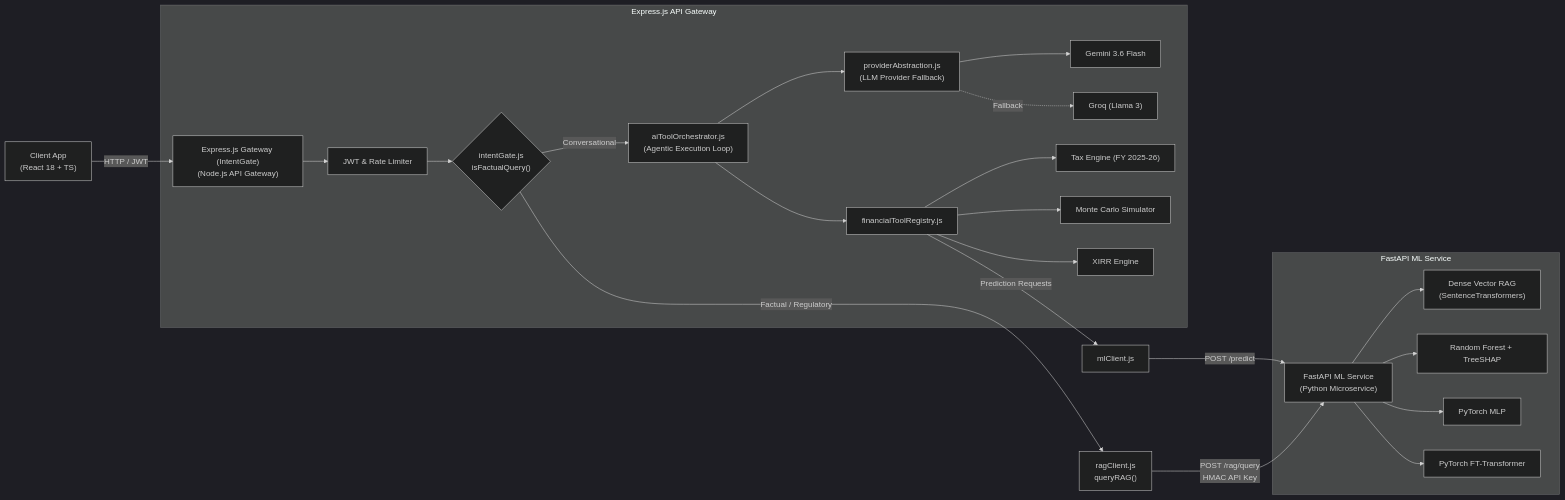
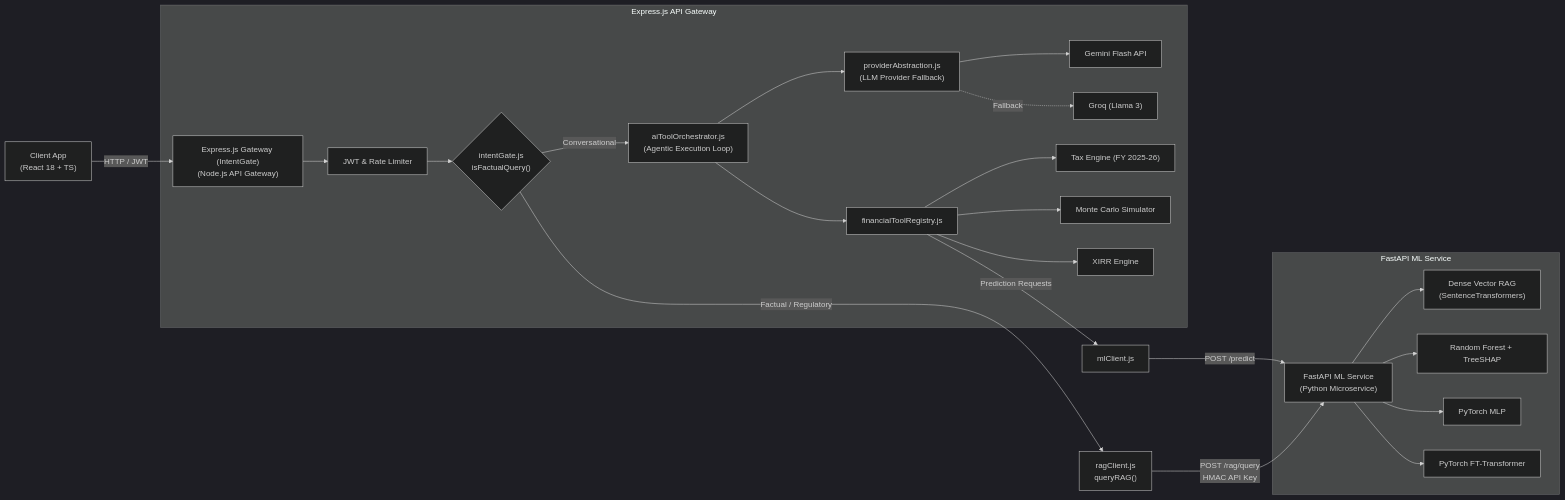
One commit to yashaskn8/WealthGenie-AI-Powered-Financial-Advisory-Platform changed the diagram in README.md. Above: the diagram before and after it, drawn with Mermaid (dark theme). The commit also changed other lines of this file, not shown here.

Commit message:
docs: align Gemini API provider references in README with backend code

````diff
--- a/README.md
+++ b/README.md
@@ -131,31 +131,31 @@
 ```mermaid
 graph LR
     User["Client App<br/>(React 18 + TS)"] -->|HTTP / JWT| Express["Express.js Gateway (IntentGate)<br/>(Node.js API Gateway)"]
     
     subgraph ExpressGateway ["Express.js API Gateway"]
         Express --> AuthMW["JWT & Rate Limiter"]
         AuthMW --> IntentGate{"intentGate.js<br/>isFactualQuery()"}
         
         IntentGate -->|Conversational| AgentOrch["aiToolOrchestrator.js<br/>(Agentic Execution Loop)"]
         AgentOrch --> ProviderMgr["providerAbstraction.js<br/>(LLM Provider Fallback)"]
-        ProviderMgr --> Gemini["Gemini 3.6 Flash"]
+        ProviderMgr --> Gemini["Gemini Flash API"]
         ProviderMgr -.->|Fallback| Groq["Groq (Llama 3)"]
         
         AgentOrch --> ToolReg["financialToolRegistry.js"]
         ToolReg --> TaxEngine["Tax Engine (FY 2025-26)"]
         ToolReg --> MonteCarlo["Monte Carlo Simulator"]
         ToolReg --> XIRR["XIRR Engine"]
     end
     
     IntentGate -->|Factual / Regulatory| RAGClient["ragClient.js<br/>queryRAG()"]
     RAGClient -->|POST /rag/query<br/>HMAC API Key| FastAPI["FastAPI ML Service<br/>(Python Microservice)"]
     ToolReg -->|Prediction Requests| MLClient["mlClient.js"]
     MLClient -->|POST /predict| FastAPI
     
     subgraph FastAPI_ML ["FastAPI ML Service"]
         FastAPI --> RAGSub["Dense Vector RAG<br/>(SentenceTransformers)"]
         FastAPI --> RFModel["Random Forest + TreeSHAP"]
         FastAPI --> MLPModel["PyTorch MLP"]
         FastAPI --> FTTModel["PyTorch FT-Transformer"]
     end
 ```
````
